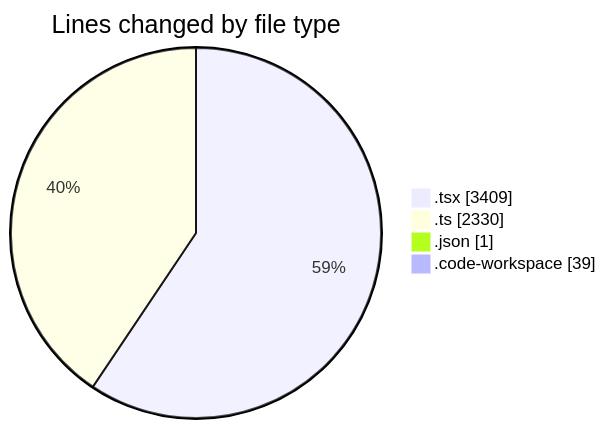
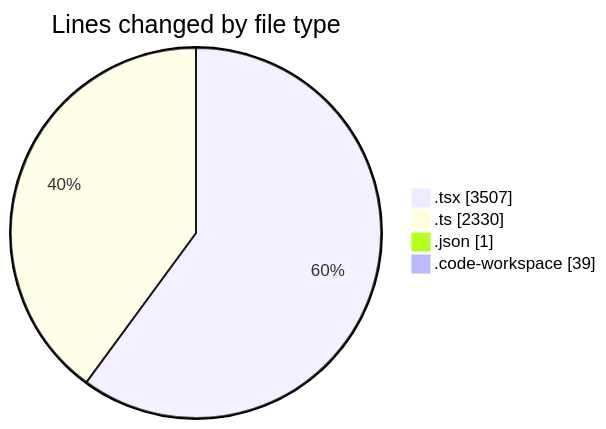
One commit to julien-gomy/code-tracking changed the first of 2 diagrams in 2025-10-08/eventscop-frontend-guide__workspace_/README.md. Above: the diagram before and after it, drawn with Mermaid. The commit also changed other lines of this file and 1 other file, not shown here.

````diff
--- a/2025-10-08/eventscop-frontend-guide__workspace_/README.md
+++ b/2025-10-08/eventscop-frontend-guide__workspace_/README.md
@@ -45,8 +47,8 @@
 ```mermaid
 pie showData
 title Lines changed by file type
-".tsx" : 3409
+".tsx" : 3507
 ".ts" : 2330
 ".json" : 1
 ".code-workspace" : 39
 ```
````
